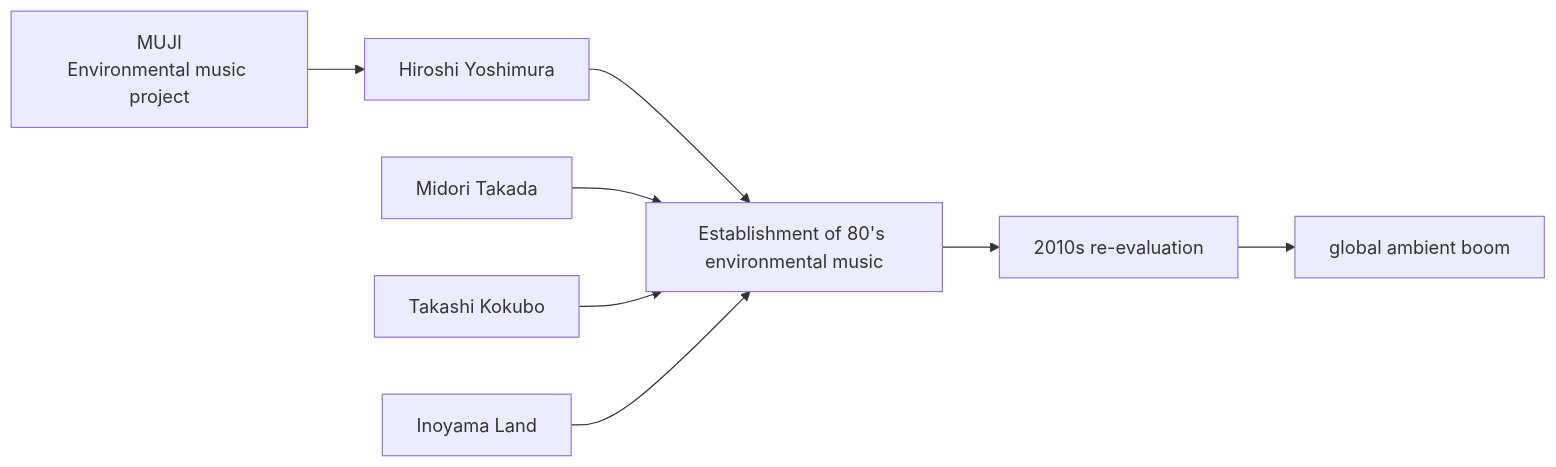
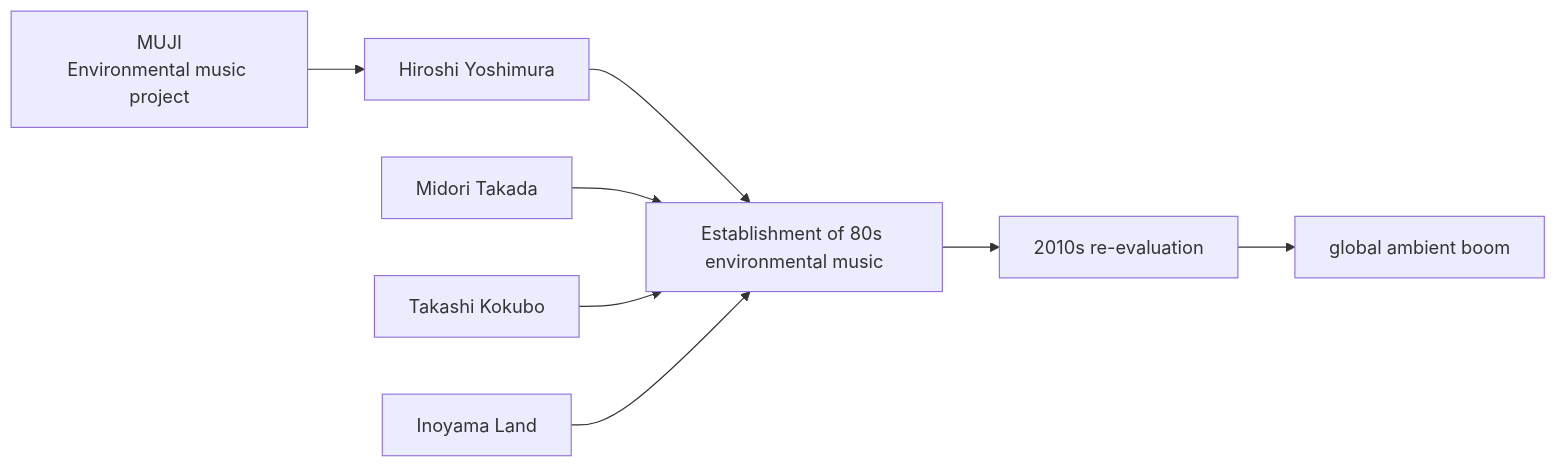
Before and after one commit to monumental-movement/monumental-movement.github.io: the diagram in en/_posts/2025-11-28-column-japanese-ambient-environmental-music.md, drawn with Mermaid. The commit also changed other lines of this file and 471 other files, not shown here.

```diff
--- a/en/_posts/2025-11-28-column-japanese-ambient-environmental-music.md
+++ b/en/_posts/2025-11-28-column-japanese-ambient-environmental-music.md
@@ -260,10 +260,10 @@
 <div class="mermaid">
 graph LR
     MUJI[MUJI<br>Environmental music project] --> YH[Hiroshi Yoshimura]
-    YH --> JP[Establishment of 80's environmental music]
+    YH --> JP[Establishment of 80s environmental music]
     MT[Midori Takada] --> JP
     TK[Takashi Kokubo] --> JP
     INO[Inoyama Land] --> JP
     JP --> RE[2010s re-evaluation]
     RE --> WW[global ambient boom]
 </div>
```
